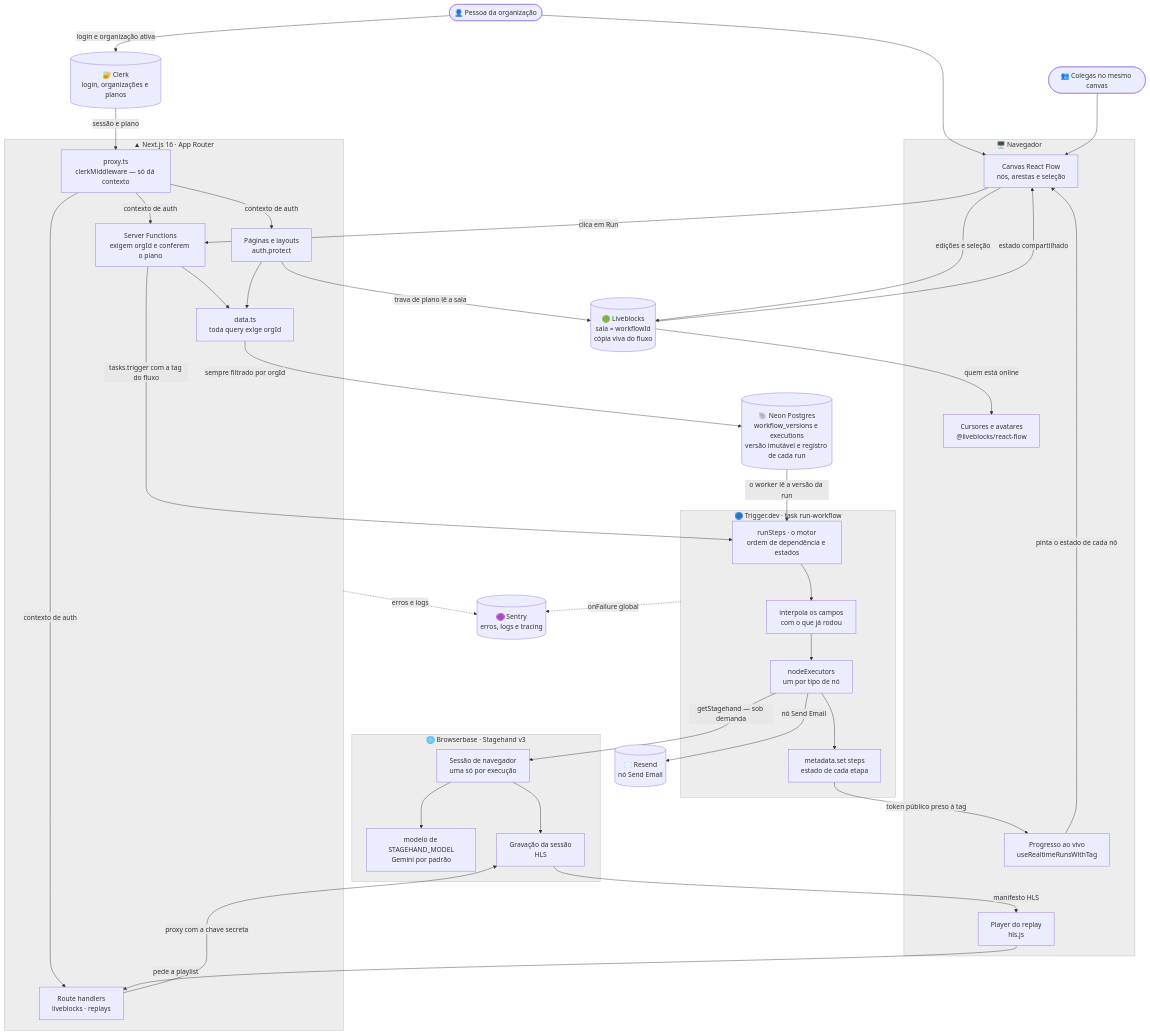
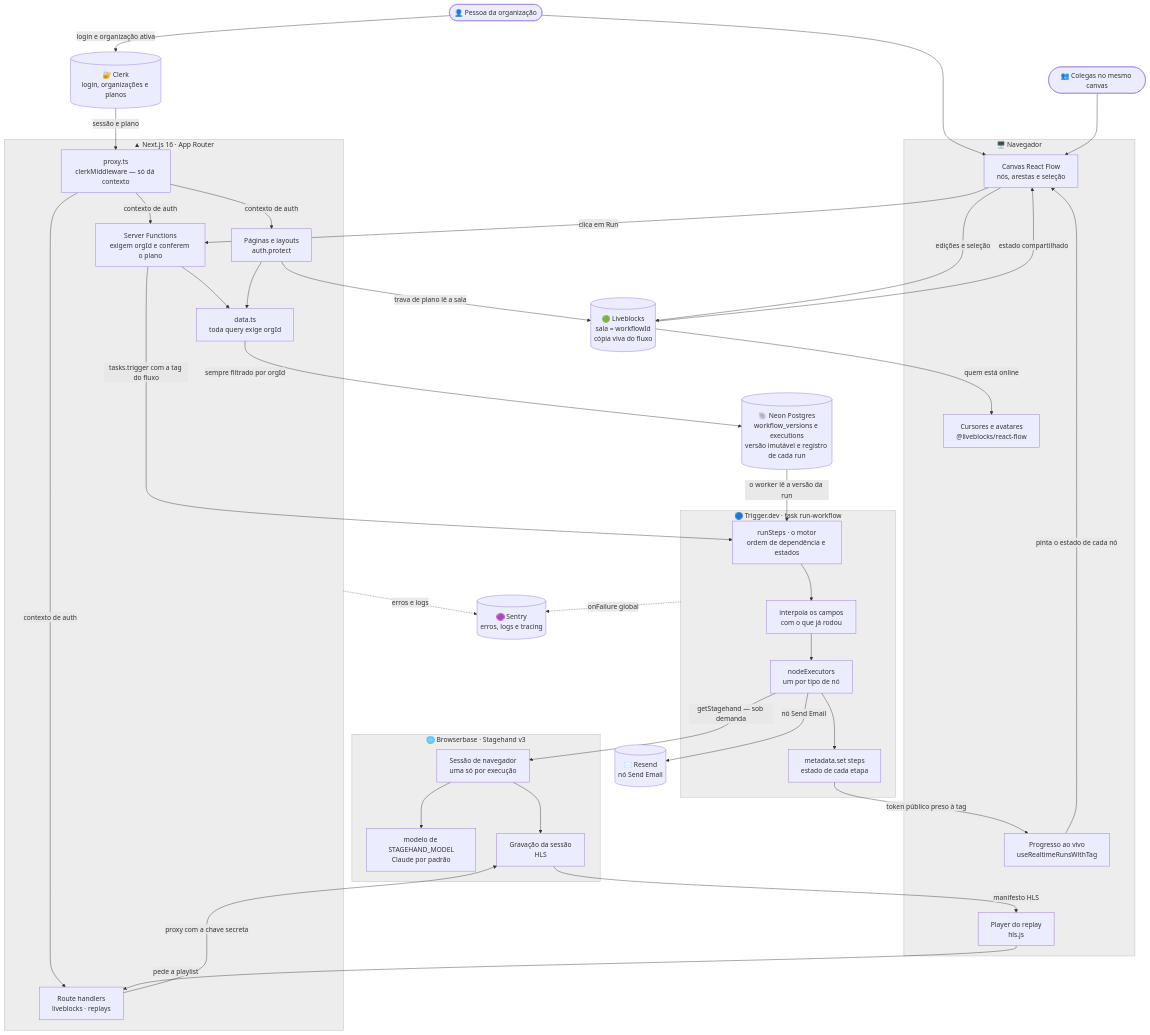
Before and after one commit to renatomf/nextjs-switchboard: the fifth of 6 diagrams in README.md, drawn with Mermaid. The commit also changed other lines of this file and 2 other files, not shown here.

First line of the commit message:
feat: keep Claude as the default model

````diff
--- a/README.md
+++ b/README.md
@@ -294,78 +294,78 @@
 ```mermaid
 %%{init: {'themeVariables': {'clusterBkg': 'rgba(127,127,127,0.14)', 'clusterBorder': 'rgba(127,127,127,0.50)', 'noteBkgColor': 'rgba(127,127,127,0.14)', 'noteBorderColor': 'rgba(127,127,127,0.50)', 'labelBoxBkgColor': 'rgba(127,127,127,0.14)', 'labelBoxBorderColor': 'rgba(127,127,127,0.50)'}}}%%
 flowchart TB
     Pessoa(["👤 Pessoa da organização"])
     Colega(["👥 Colegas no mesmo canvas"])
 
     subgraph Nav["🖥️ Navegador"]
         Canvas["Canvas React Flow<br/>nós, arestas e seleção"]
         Presenca["Cursores e avatares<br/>@liveblocks/react-flow"]
         Assina["Progresso ao vivo<br/>useRealtimeRunsWithTag"]
         Player["Player do replay<br/>hls.js"]
     end
 
     subgraph Web["▲ Next.js 16 · App Router"]
         Proxy["proxy.ts<br/>clerkMiddleware — só dá contexto"]
         Paginas["Páginas e layouts<br/>auth.protect"]
         Actions["Server Functions<br/>exigem orgId e conferem o plano"]
         Rotas["Route handlers<br/>liveblocks · replays"]
         Dados["data.ts<br/>toda query exige orgId"]
     end
 
     Clerk[("🔐 Clerk<br/>login, organizações e planos")]
     Sala[("🟢 Liveblocks<br/>sala = workflowId<br/>cópia viva do fluxo")]
     Banco[("🐘 Neon Postgres<br/>workflow_versions e executions<br/>versão imutável e registro de cada run")]
 
     subgraph Worker["🔵 Trigger.dev · task run-workflow"]
         Topo["runSteps · o motor<br/>ordem de dependência e estados"]
         Interp["interpola os campos<br/>com o que já rodou"]
         Exec["nodeExecutors<br/>um por tipo de nó"]
         Meta["metadata.set steps<br/>estado de cada etapa"]
     end
 
     subgraph BB["🌐 Browserbase · Stagehand v3"]
         Sessao["Sessão de navegador<br/>uma só por execução"]
-        Modelo["modelo de STAGEHAND_MODEL<br/>Gemini por padrão"]
+        Modelo["modelo de STAGEHAND_MODEL<br/>Claude por padrão"]
         Grav["Gravação da sessão<br/>HLS"]
     end
 
     Resend[("✉️ Resend<br/>nó Send Email")]
     Sentry[("🟣 Sentry<br/>erros, logs e tracing")]
 
     Pessoa --> Canvas
     Colega --> Canvas
     Canvas -->|"edições e seleção"| Sala
     Sala -->|"estado compartilhado"| Canvas
     Sala -->|"quem está online"| Presenca
 
     Pessoa -->|"login e organização ativa"| Clerk
     Clerk -->|"sessão e plano"| Proxy
     Proxy -->|"contexto de auth"| Paginas
     Proxy -->|"contexto de auth"| Actions
     Proxy -->|"contexto de auth"| Rotas
 
     Canvas -->|"clica em Run"| Actions
     Paginas -->|"trava de plano lê a sala"| Sala
     Actions --> Dados
     Paginas --> Dados
     Dados -->|"sempre filtrado por orgId"| Banco
 
     Actions -->|"tasks.trigger com a tag do fluxo"| Topo
     Banco -->|"o worker lê a versão da run"| Topo
     Topo --> Interp --> Exec
     Exec --> Meta
     Meta -->|"token público preso à tag"| Assina
     Assina -->|"pinta o estado de cada nó"| Canvas
 
     Exec -->|"getStagehand — sob demanda"| Sessao
     Sessao --> Modelo
     Sessao --> Grav
     Exec -->|"nó Send Email"| Resend
 
     Player -->|"pede a playlist"| Rotas
     Rotas -->|"proxy com a chave secreta"| Grav
     Grav -->|"manifesto HLS"| Player
 
     Web -.->|"erros e logs"| Sentry
     Worker -.->|"onFailure global"| Sentry
 ```
````
